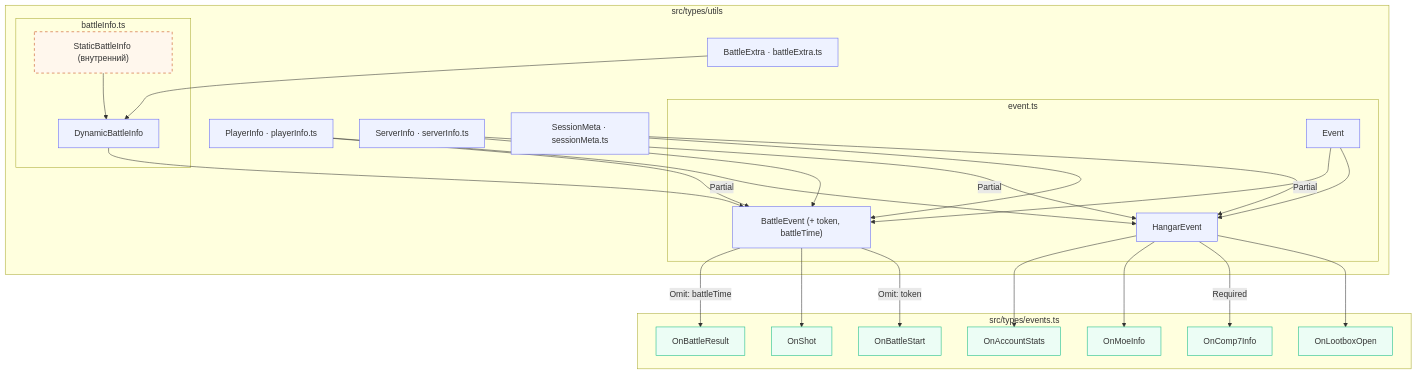
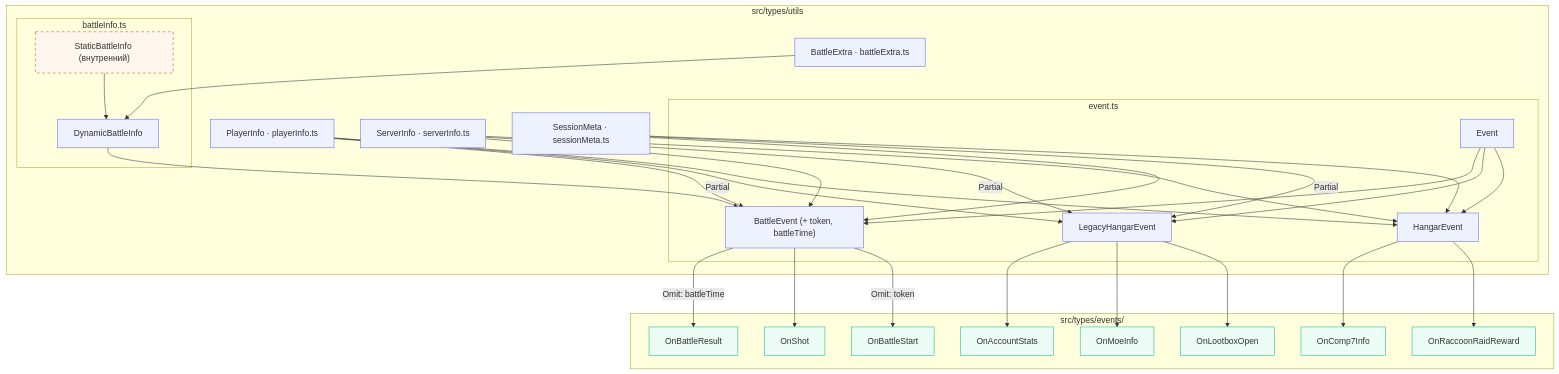
Before and after one commit to wotstat/event-saver: the diagram in README.md, drawn with Mermaid. The commit also changed other lines of this file and 19 other files, not shown here.

Commit message:
RaccoonRaidReward

````diff
--- a/README.md
+++ b/README.md
@@ -8,61 +8,68 @@
 ```mermaid
 flowchart TB
   subgraph utils["src/types/utils"]
     subgraph eventFile["event.ts"]
       event["Event"]
       hangar["HangarEvent"]
+      legacyHangar["LegacyHangarEvent"]
       battle["BattleEvent (+ token, battleTime)"]
 
       event --> hangar
+      event --> legacyHangar
       event --> battle
     end
 
     subgraph battleInfoFile["battleInfo.ts"]
       staticInfo["StaticBattleInfo (внутренний)"]
       dynamic["DynamicBattleInfo"]
 
       staticInfo --> dynamic
     end
 
     player["PlayerInfo · playerInfo.ts"]
     server["ServerInfo · serverInfo.ts"]
     session["SessionMeta · sessionMeta.ts"]
     extra["BattleExtra · battleExtra.ts"]
 
     extra --> dynamic
     dynamic --> battle
 
-    player -->|Partial| hangar
+    player --> hangar
+    player -->|Partial| legacyHangar
     player --> battle
-    server -->|Partial| hangar
+    server --> hangar
+    server -->|Partial| legacyHangar
     server --> battle
-    session -->|Partial| hangar
+    session --> hangar
+    session -->|Partial| legacyHangar
     session --> battle
   end
 
-  subgraph eventsFile["src/types/events.ts"]
+  subgraph eventsFile["src/types/events/"]
     start["OnBattleStart"]
     shot["OnShot"]
     result["OnBattleResult"]
     lootbox["OnLootboxOpen"]
+    raccoon["OnRaccoonRaidReward"]
     comp7["OnComp7Info"]
     moe["OnMoeInfo"]
     account["OnAccountStats"]
   end
 
   battle -->|"Omit: token"| start
   battle --> shot
   battle -->|"Omit: battleTime"| result
 
-  hangar --> lootbox
-  hangar -->|Required| comp7
-  hangar --> moe
-  hangar --> account
+  legacyHangar --> lootbox
+  hangar --> raccoon
+  hangar --> comp7
+  legacyHangar --> moe
+  legacyHangar --> account
 
   classDef base fill:#eef2ff,stroke:#6366f1
   classDef internal fill:#fff7ed,stroke:#c2410c,stroke-dasharray:5 5
   classDef finalEvent fill:#ecfdf5,stroke:#10b981
-  class event,hangar,battle,dynamic,player,server,session,extra base
+  class event,hangar,legacyHangar,battle,dynamic,player,server,session,extra base
   class staticInfo internal
-  class start,shot,result,lootbox,comp7,moe,account finalEvent
+  class start,shot,result,lootbox,raccoon,comp7,moe,account finalEvent
 ```
````
